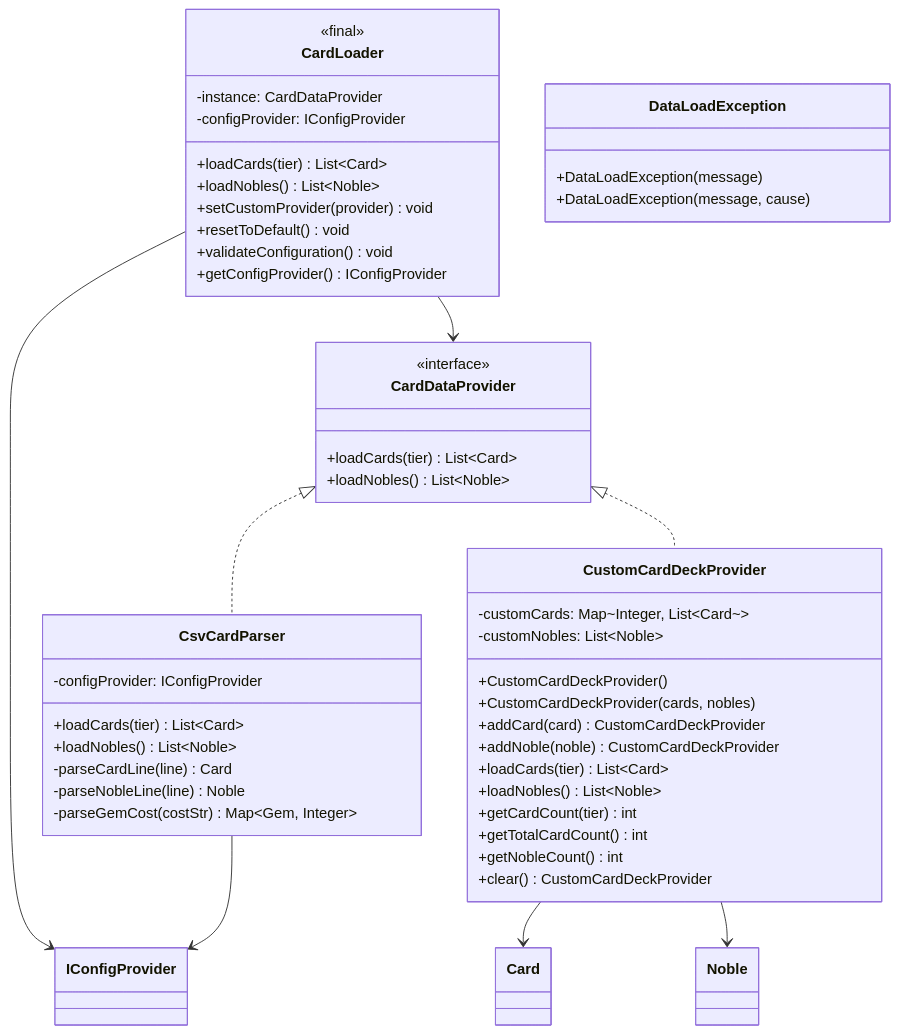
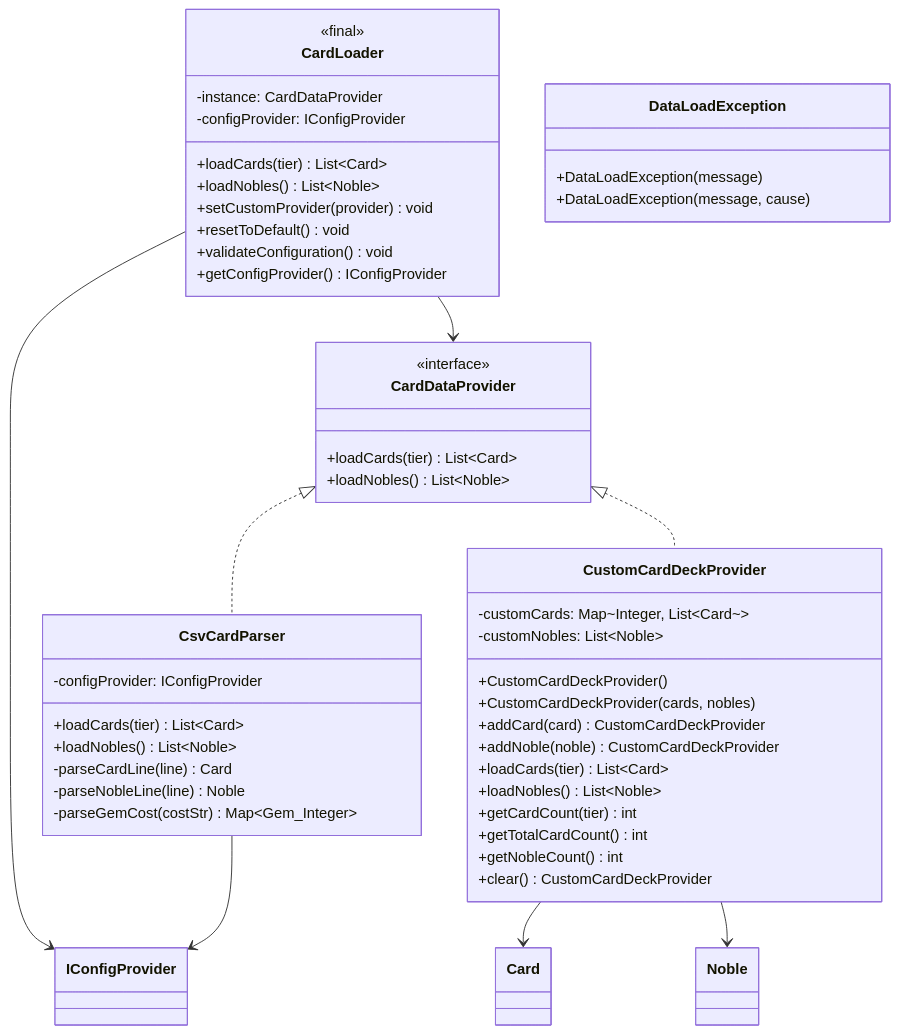
The diagram in docs/diagrams/splendor-class-diagram_diagram_5.mmd (bryanseah234/playsplendor), drawn with Mermaid before and after one commit. The commit also changed 7 other files, not shown here.

```diff
--- a/docs/diagrams/splendor-class-diagram_diagram_5.mmd
+++ b/docs/diagrams/splendor-class-diagram_diagram_5.mmd
@@ -1,55 +1,55 @@
 classDiagram
     class CardDataProvider {
         <<interface>>
         +loadCards(tier) List~Card~
         +loadNobles() List~Noble~
     }
     
     class CardLoader {
         <<final>>
         -instance: CardDataProvider
         -configProvider: IConfigProvider
         +loadCards(tier) List~Card~
         +loadNobles() List~Noble~
         +setCustomProvider(provider) void
         +resetToDefault() void
         +validateConfiguration() void
         +getConfigProvider() IConfigProvider
     }
     
     class CsvCardParser {
         -configProvider: IConfigProvider
         +loadCards(tier) List~Card~
         +loadNobles() List~Noble~
         -parseCardLine(line) Card
         -parseNobleLine(line) Noble
-        -parseGemCost(costStr) Map~Gem, Integer~
+        -parseGemCost(costStr) Map~Gem_Integer~
     }
     
     class CustomCardDeckProvider {
         -customCards: Map~Integer, List~Card~~
         -customNobles: List~Noble~
         +CustomCardDeckProvider()
         +CustomCardDeckProvider(cards, nobles)
         +addCard(card) CustomCardDeckProvider
         +addNoble(noble) CustomCardDeckProvider
         +loadCards(tier) List~Card~
         +loadNobles() List~Noble~
         +getCardCount(tier) int
         +getTotalCardCount() int
         +getNobleCount() int
         +clear() CustomCardDeckProvider
     }
     
     class DataLoadException {
         +DataLoadException(message)
         +DataLoadException(message, cause)
     }
     
     CardDataProvider <|.. CsvCardParser
     CardDataProvider <|.. CustomCardDeckProvider
     CardLoader --> CardDataProvider
     CardLoader --> IConfigProvider
     CsvCardParser --> IConfigProvider
     CustomCardDeckProvider --> Card
     CustomCardDeckProvider --> Noble
```
